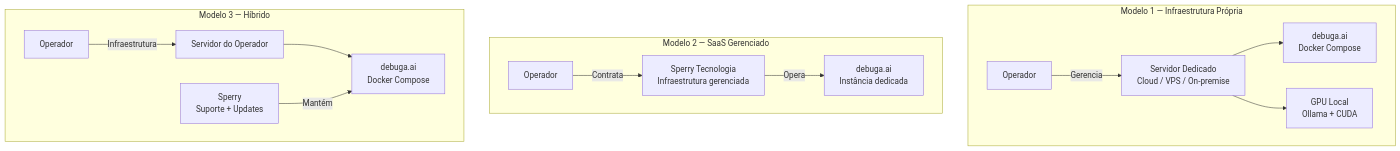
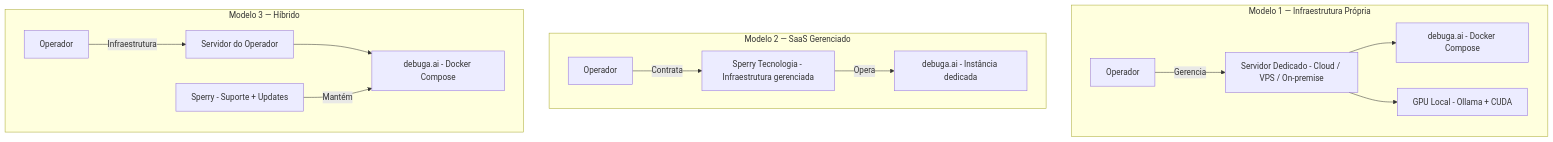
The second of 7 diagrams in docs/WHITE_LABEL_OVERVIEW.md (SperryTecnologia/debuga-ai), drawn with Mermaid before and after one commit. The commit also changed other lines of this file and 213 other files, not shown here.

````diff
--- a/docs/WHITE_LABEL_OVERVIEW.md
+++ b/docs/WHITE_LABEL_OVERVIEW.md
@@ -52,30 +52,30 @@
 ```mermaid
 graph TB
     subgraph "Modelo 1 — Infraestrutura Própria"
         OP1[Operador]
-        SRV1[Servidor Dedicado<br/>Cloud / VPS / On-premise]
-        APP1[debuga.ai<br/>Docker Compose]
-        GPU1[GPU Local<br/>Ollama + CUDA]
+        SRV1["Servidor Dedicado - Cloud / VPS / On-premise"]
+        APP1[debuga.ai - Docker Compose]
+        GPU1[GPU Local - Ollama + CUDA]
         OP1 -->|Gerencia| SRV1
         SRV1 --> APP1
         SRV1 --> GPU1
     end
 
     subgraph "Modelo 2 — SaaS Gerenciado"
         OP2[Operador]
-        SPERRY[Sperry Tecnologia<br/>Infraestrutura gerenciada]
-        APP2[debuga.ai<br/>Instância dedicada]
+        SPERRY[Sperry Tecnologia - Infraestrutura gerenciada]
+        APP2[debuga.ai - Instância dedicada]
         OP2 -->|Contrata| SPERRY
         SPERRY -->|Opera| APP2
     end
 
     subgraph "Modelo 3 — Híbrido"
         OP3[Operador]
         SRV3[Servidor do Operador]
-        APP3[debuga.ai<br/>Docker Compose]
-        SUPORTE[Sperry<br/>Suporte + Updates]
+        APP3[debuga.ai - Docker Compose]
+        SUPORTE[Sperry - Suporte + Updates]
         OP3 -->|Infraestrutura| SRV3
         SRV3 --> APP3
         SUPORTE -->|Mantém| APP3
     end
 ```
````
